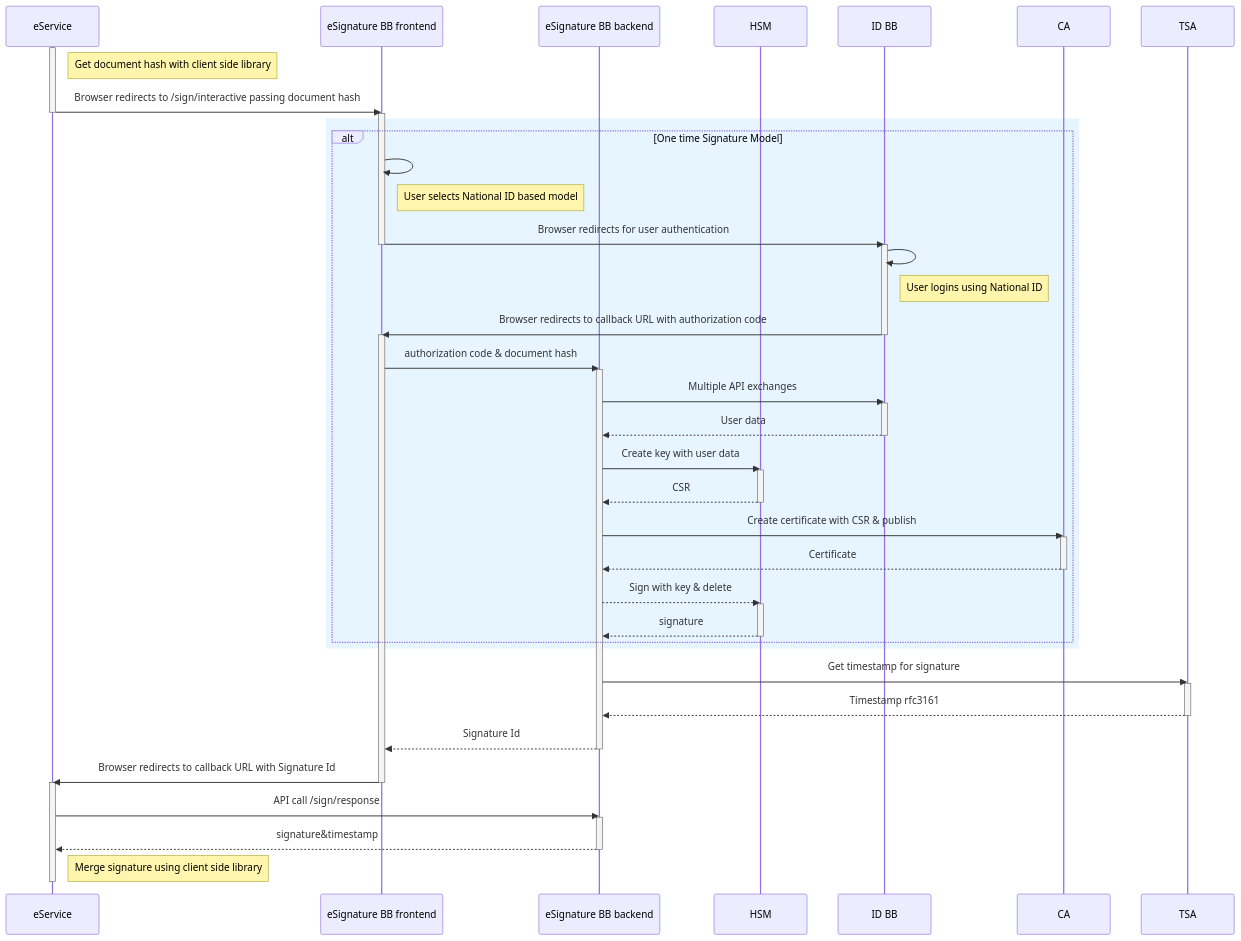
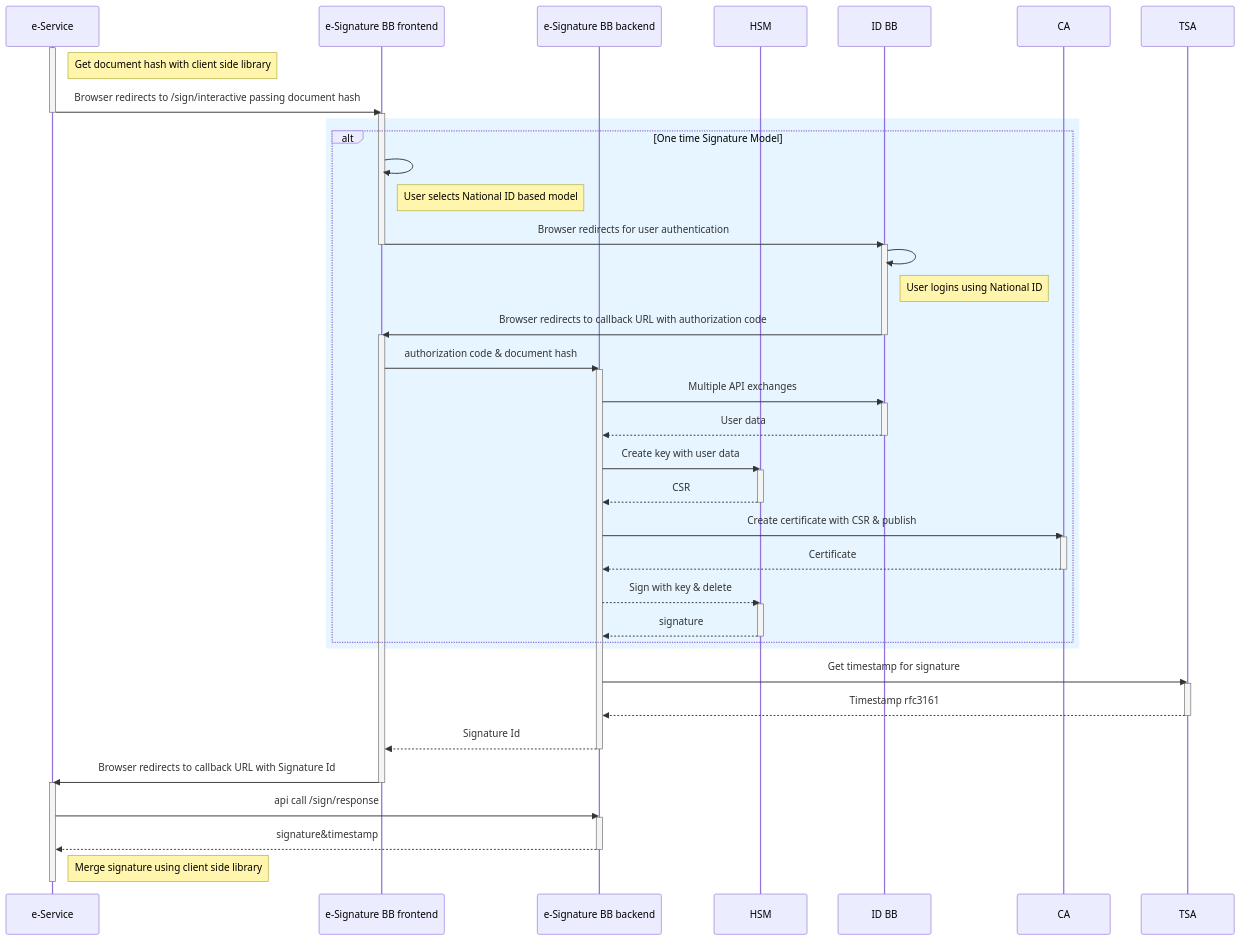
Before and after one commit to GovStackWorkingGroup/bb-esignature: the first of 3 diagrams in spec/9-workflows.md, drawn with Mermaid. The commit also changed other lines of this file and 10 other files, not shown here.

````diff
--- a/spec/9-workflows.md
+++ b/spec/9-workflows.md
@@ -23,62 +17,62 @@
 ```mermaid
 sequenceDiagram
-    participant eService
-    participant eSignature BB frontend
-    participant eSignature BB backend
+    participant e-Service
+    participant e-Signature BB frontend
+    participant e-Signature BB backend
     participant HSM
     participant ID BB
     participant CA
     participant TSA
-    activate eService
-    Note right of eService: Get document hash with client side library
-    eService->>eSignature BB frontend: Browser redirects to /sign/interactive passing document hash
-    deactivate eService
-    activate eSignature BB frontend
+    activate e-Service
+    Note right of e-Service: Get document hash with client side library
+    e-Service->>e-Signature BB frontend: Browser redirects to /sign/interactive passing document hash
+    deactivate e-Service
+    activate e-Signature BB frontend
     rect rgb(230, 245, 255)
     alt One time Signature Model
-        eSignature BB frontend->>eSignature BB frontend: 
-        Note right of eSignature BB frontend: User selects National ID based model
-        eSignature BB frontend->>ID BB: Browser redirects for user authentication
-        deactivate eSignature BB frontend
+        e-Signature BB frontend->>e-Signature BB frontend: 
+        Note right of e-Signature BB frontend: User selects National ID based model
+        e-Signature BB frontend->>ID BB: Browser redirects for user authentication
+        deactivate e-Signature BB frontend
         activate ID BB
         ID BB->>ID BB: 
         Note right of ID BB: User logins using National ID
-        ID BB->>eSignature BB frontend: Browser redirects to callback URL with authorization code
+        ID BB->>e-Signature BB frontend: Browser redirects to callback URL with authorization code
         deactivate ID BB
-        activate eSignature BB frontend
-        eSignature BB frontend->>eSignature BB backend: authorization code & document hash
-        activate eSignature BB backend
-        eSignature BB backend->>ID BB: Multiple API exchanges
+        activate e-Signature BB frontend
+        e-Signature BB frontend->>e-Signature BB backend: authorization code & document hash
+        activate e-Signature BB backend
+        e-Signature BB backend->>ID BB: Multiple API exchanges
         activate ID BB
-        ID BB-->>eSignature BB backend: User data
+        ID BB-->>e-Signature BB backend: User data
         deactivate ID BB
-        eSignature BB backend->>HSM: Create key with user data
+        e-Signature BB backend->>HSM: Create key with user data
         activate HSM
-        HSM-->>eSignature BB backend: CSR
+        HSM-->>e-Signature BB backend: CSR
         deactivate HSM
-        eSignature BB backend->>CA: Create certificate with CSR & publish
+        e-Signature BB backend->>CA: Create certificate with CSR & publish
         activate CA
-        CA-->>eSignature BB backend: Certificate
+        CA-->>e-Signature BB backend: Certificate
         deactivate CA
-        eSignature BB backend-->>HSM: Sign with key & delete
+        e-Signature BB backend-->>HSM: Sign with key & delete
         activate HSM
-        HSM-->>eSignature BB backend: signature
+        HSM-->>e-Signature BB backend: signature
         deactivate HSM
     end
     end
-    eSignature BB backend->>TSA: Get timestamp for signature
+    e-Signature BB backend->>TSA: Get timestamp for signature
     activate TSA
-    TSA-->>eSignature BB backend: Timestamp rfc3161
+    TSA-->>e-Signature BB backend: Timestamp rfc3161
     deactivate TSA
-    eSignature BB backend-->>eSignature BB frontend: Signature Id
-    deactivate eSignature BB backend
-    eSignature BB frontend->>eService: Browser redirects to callback URL with Signature Id
-    deactivate eSignature BB frontend
-    activate eService
-    eService->>eSignature BB backend: API call /sign/response
-    activate eSignature BB backend
-    eSignature BB backend-->>eService: signature&timestamp
-    deactivate eSignature BB backend
-    Note right of eService: Merge signature using client side library
-    deactivate eService
+    e-Signature BB backend-->>e-Signature BB frontend: Signature Id
+    deactivate e-Signature BB backend
+    e-Signature BB frontend->>e-Service: Browser redirects to callback URL with Signature Id
+    deactivate e-Signature BB frontend
+    activate e-Service
+    e-Service->>e-Signature BB backend: api call /sign/response
+    activate e-Signature BB backend
+    e-Signature BB backend-->>e-Service: signature&timestamp
+    deactivate e-Signature BB backend
+    Note right of e-Service: Merge signature using client side library
+    deactivate e-Service
 ```
````
